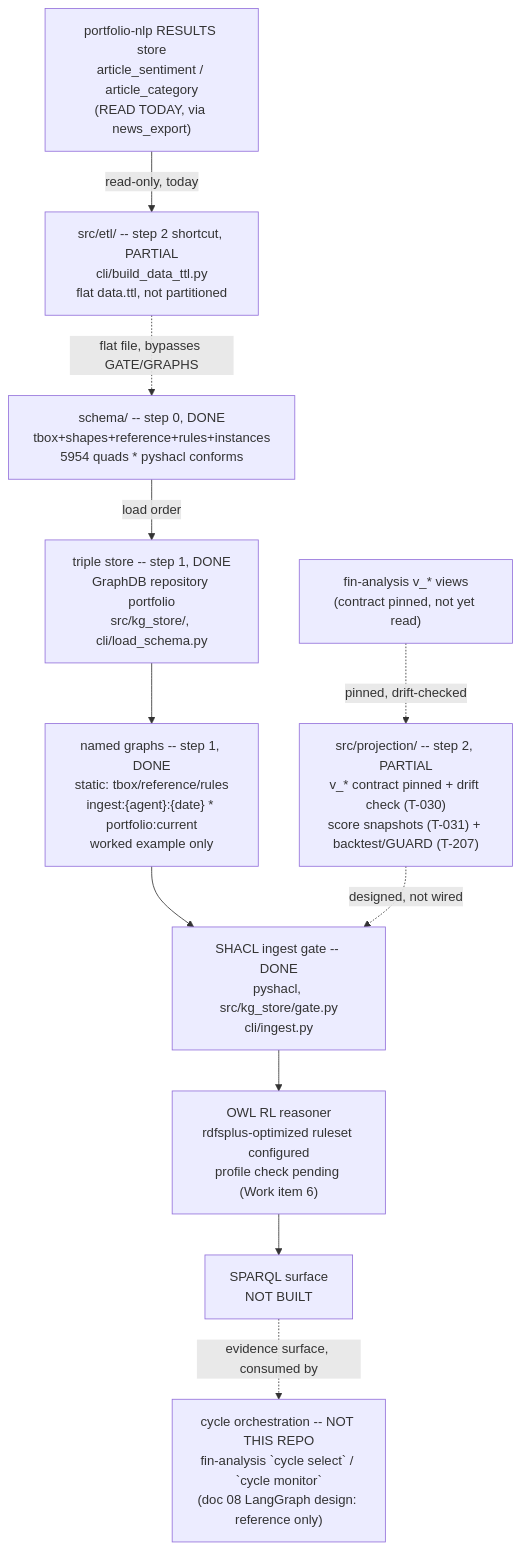
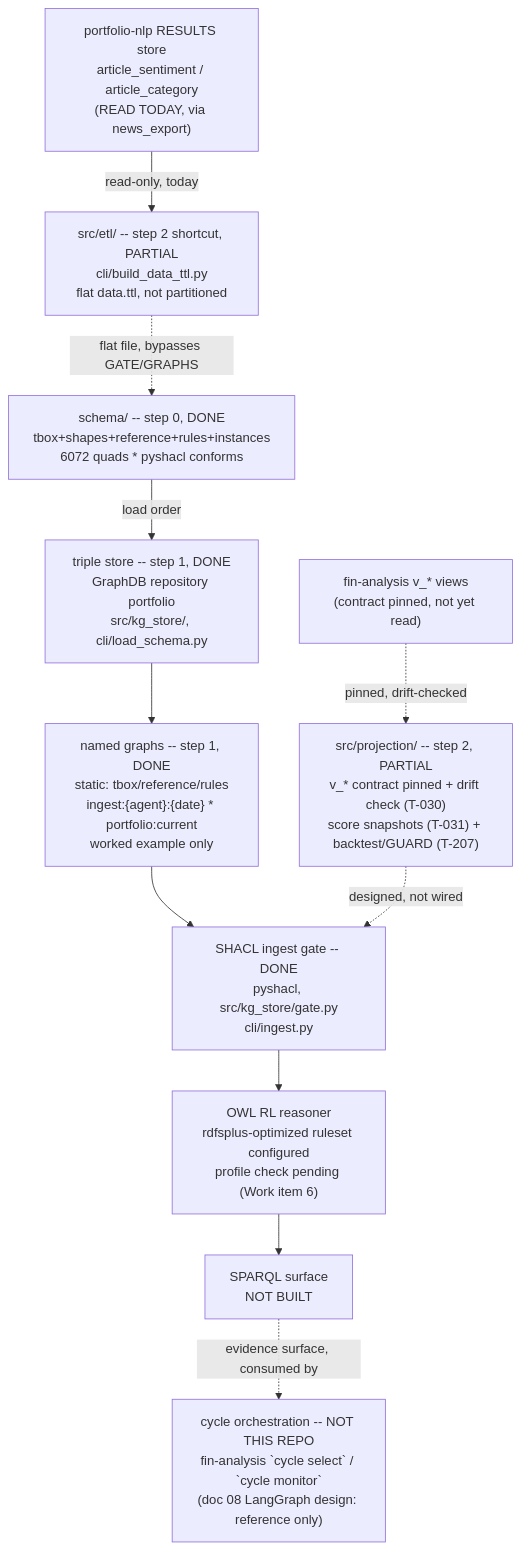
The diagram in .specify/memory/SPEC.md (gamug/portfolio-knowledge-graph), drawn with Mermaid before and after one commit. The commit also changed other lines of this file and 11 other files, not shown here.

Commit message:
feat(labels): label schema classes and properties bilingually (Work item 43, T-754)

````diff
--- a/.specify/memory/SPEC.md
+++ b/.specify/memory/SPEC.md
@@ -1027,22 +1027,22 @@
 ```mermaid
 flowchart TB
-    SCHEMA["schema/ -- step 0, DONE<br/>tbox+shapes+reference+rules+instances<br/>5954 quads * pyshacl conforms"]
+    SCHEMA["schema/ -- step 0, DONE<br/>tbox+shapes+reference+rules+instances<br/>6072 quads * pyshacl conforms"]
     STORE["triple store -- step 1, DONE<br/>GraphDB repository portfolio<br/>src/kg_store/, cli/load_schema.py"]
     GRAPHS["named graphs -- step 1, DONE<br/>static: tbox/reference/rules<br/>ingest:{agent}:{date} * portfolio:current<br/>worked example only"]
     GATE["SHACL ingest gate -- DONE<br/>pyshacl, src/kg_store/gate.py<br/>cli/ingest.py"]
     PROJ["src/projection/ -- step 2, PARTIAL<br/>v_* contract pinned + drift check (T-030)<br/>score snapshots (T-031) + backtest/GUARD (T-207)"]
     FIN["fin-analysis v_* views<br/>(contract pinned, not yet read)"]
     NLPRES["portfolio-nlp RESULTS store<br/>article_sentiment / article_category<br/>(READ TODAY, via news_export)"]
     ETL["src/etl/ -- step 2 shortcut, PARTIAL<br/>cli/build_data_ttl.py<br/>flat data.ttl, not partitioned"]
     REASON["OWL RL reasoner<br/>rdfsplus-optimized ruleset configured<br/>profile check pending (Work item 6)"]
     SPARQL["SPARQL surface<br/>NOT BUILT"]
     AGENTS["cycle orchestration -- NOT THIS REPO<br/>fin-analysis `cycle select` / `cycle monitor`<br/>(doc 08 LangGraph design: reference only)"]
 
     SCHEMA -->|load order| STORE --> GRAPHS --> GATE
     FIN -.->|pinned, drift-checked| PROJ
     PROJ -.->|designed, not wired| GATE
     NLPRES -->|read-only, today| ETL
     ETL -.->|flat file, bypasses GATE/GRAPHS| SCHEMA
     GATE --> REASON --> SPARQL
     SPARQL -.->|evidence surface, consumed by| AGENTS
 ```
````
